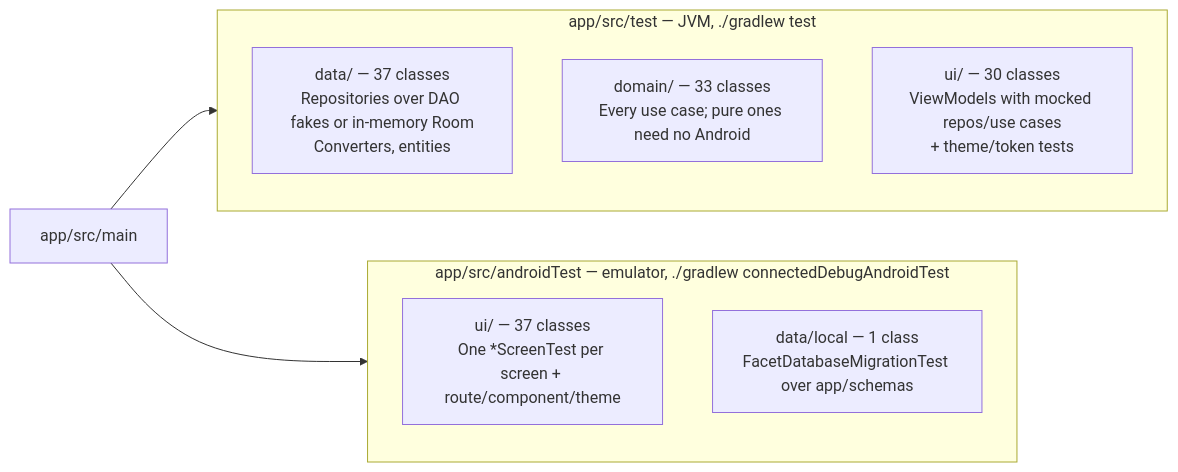
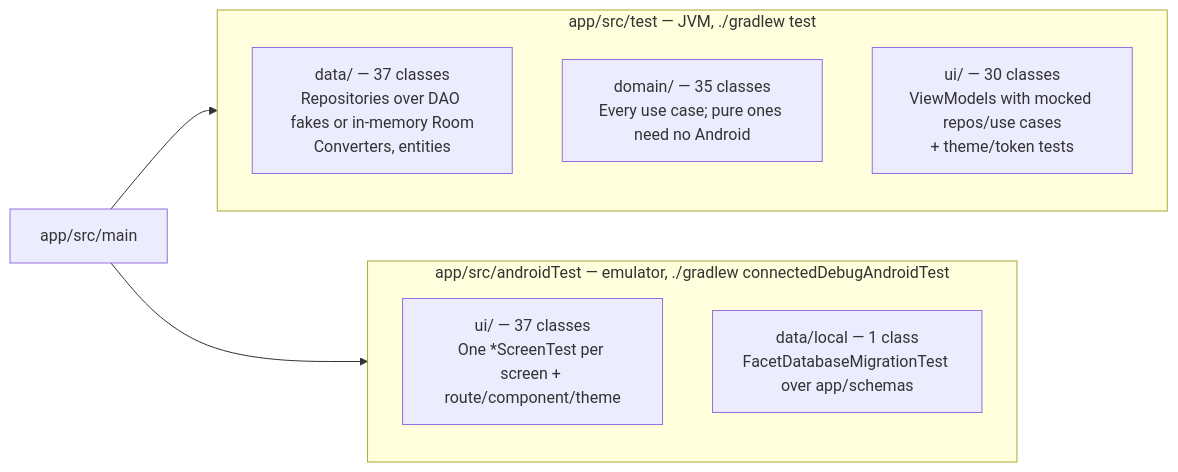
The diagram in docs/architecture/06-testing.md (rohitganjam/facet-launcher), drawn with Mermaid before and after one commit. The commit also changed 16 other files, not shown here.

````diff
--- a/docs/architecture/06-testing.md
+++ b/docs/architecture/06-testing.md
@@ -13,16 +13,16 @@
 ```mermaid
 flowchart LR
     subgraph UNIT["app/src/test — JVM, ./gradlew test"]
         direction TB
         U1["data/ — 37 classes\nRepositories over DAO fakes or in-memory Room\nConverters, entities"]
-        U2["domain/ — 33 classes\nEvery use case; pure ones need no Android"]
+        U2["domain/ — 35 classes\nEvery use case; pure ones need no Android"]
         U3["ui/ — 30 classes\nViewModels with mocked repos/use cases\n+ theme/token tests"]
     end
     subgraph INST["app/src/androidTest — emulator, ./gradlew connectedDebugAndroidTest"]
         direction TB
         I1["ui/ — 37 classes\nOne *ScreenTest per screen + route/component/theme"]
         I2["data/local — 1 class\nFacetDatabaseMigrationTest over app/schemas"]
     end
     CODE["app/src/main"] --> UNIT
     CODE --> INST
 ```
````
